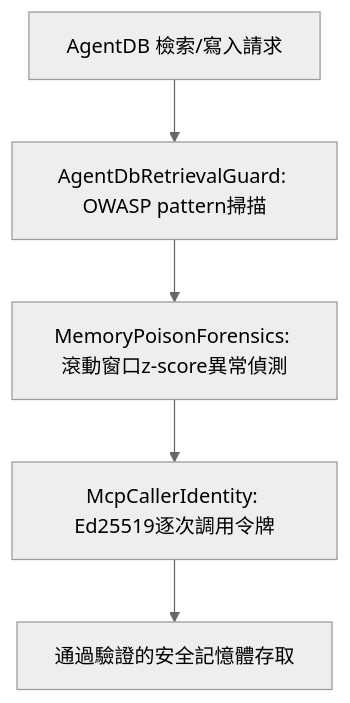
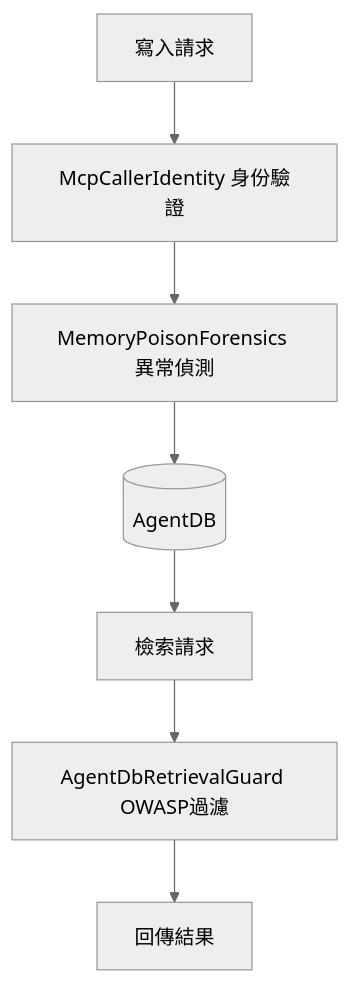
One commit to nick-xrex/ai-daily-content changed the second of 2 diagrams in 20-daily/2026-07-31.md. Above: the diagram before and after it, drawn with Mermaid (neutral theme). The commit also changed other lines of this file and 6 other files, not shown here.

````diff
--- a/20-daily/2026-07-31.md
+++ b/20-daily/2026-07-31.md
@@ -36,7 +39,9 @@
 ```mermaid
 flowchart TD
-    A[AgentDB 檢索/寫入請求] --> B[AgentDbRetrievalGuard: OWASP pattern掃描]
-    B --> C[MemoryPoisonForensics: 滾動窗口z-score異常偵測]
-    C --> D[McpCallerIdentity: Ed25519逐次調用令牌]
-    D --> E[通過驗證的安全記憶體存取]
+    W[寫入請求] --> G1[McpCallerIdentity 身份驗證]
+    G1 --> G2[MemoryPoisonForensics 異常偵測]
+    G2 --> DB[(AgentDB)]
+    DB --> R[檢索請求]
+    R --> G3[AgentDbRetrievalGuard OWASP過濾]
+    G3 --> OUT[回傳結果]
 ```
````
